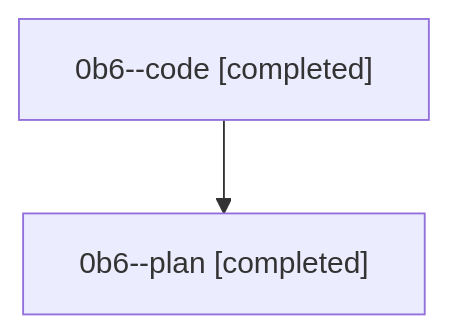
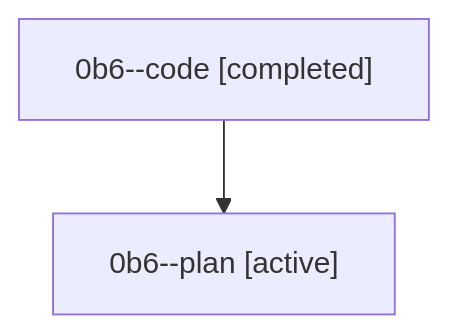
The diagram in families/bbugyi200.athena.0b6.md (sase-org/sase--agents), drawn with Mermaid before and after one commit. The commit also changed other lines of this file and 35830 other files, not shown here.

````diff
--- a/families/bbugyi200.athena.0b6.md
+++ b/families/bbugyi200.athena.0b6.md
@@ -9,6 +9,6 @@
 ```mermaid
 flowchart TD
   n0["0b6--code [completed]"]
-  n1["0b6--plan [completed]"]
+  n1["0b6--plan [active]"]
   n0 --> n1
 ```
````
